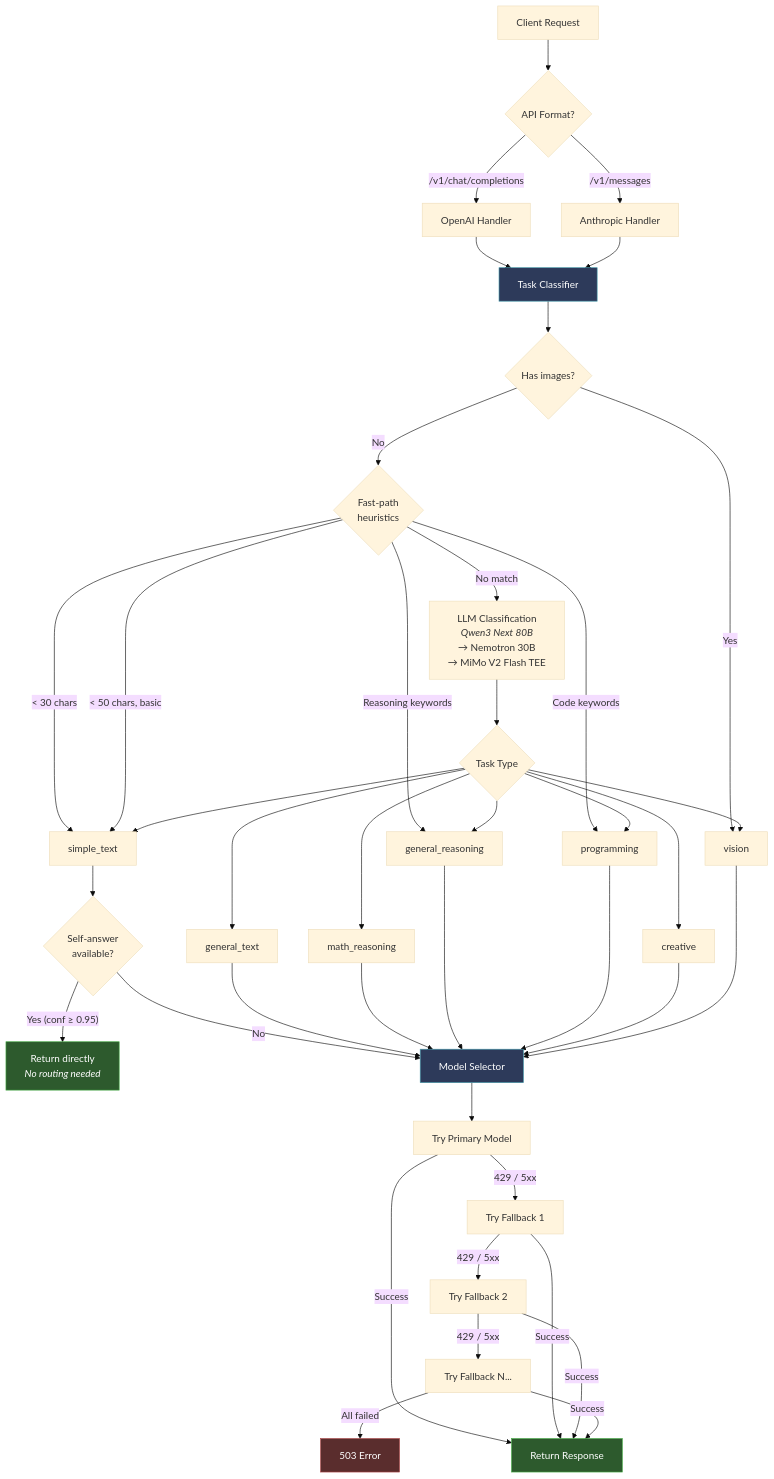
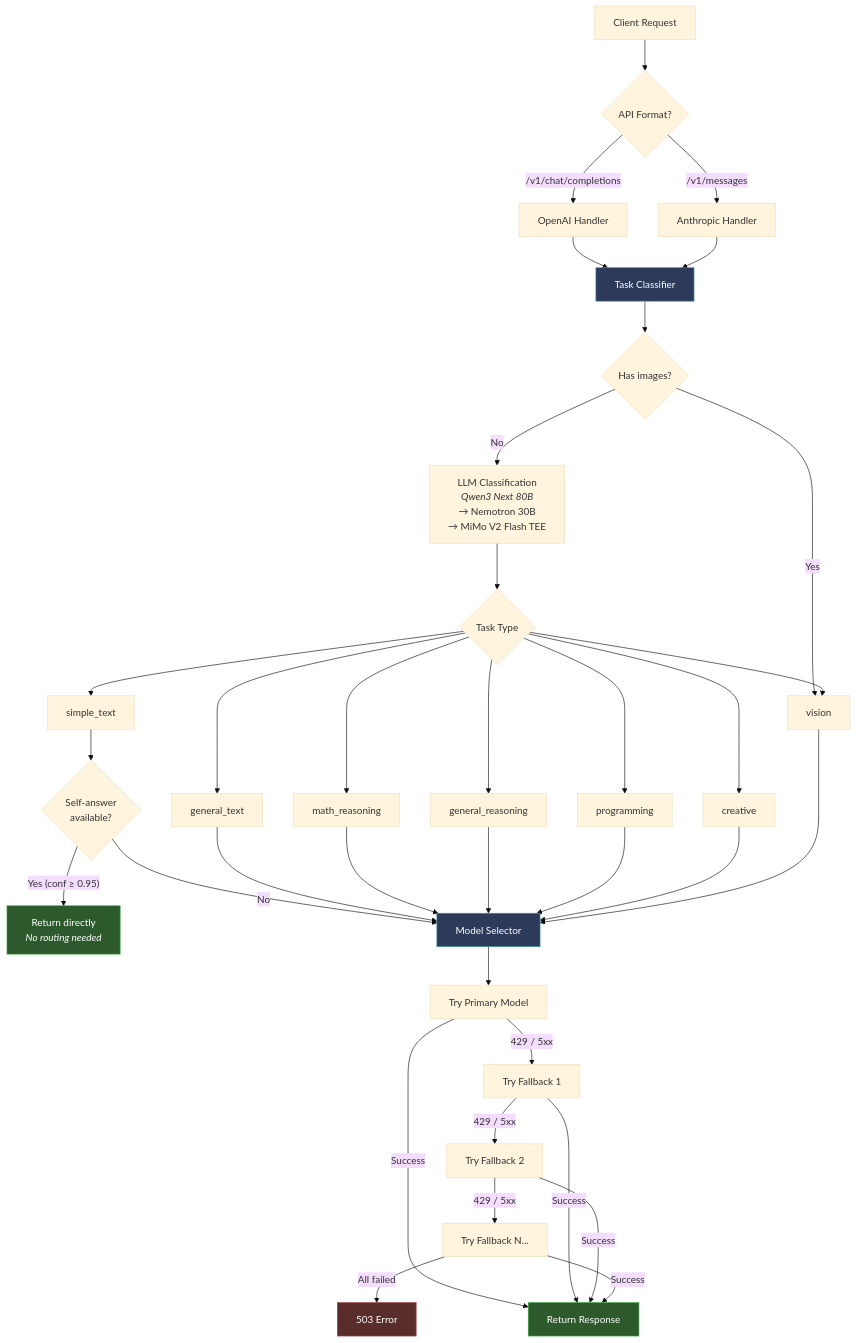
The first of 2 diagrams in README.md (chutesai/model-router), drawn with Mermaid (base theme) before and after one commit. The commit also changed other lines of this file and 2 other files, not shown here.

Commit message:
Remove fast-path heuristics, make Kimi K2.5 universal fallback for all tasks
- Remove all fast-path heuristics from classifier (except has-images check)
  — the LLM classifier now handles all routing with self-answer for simple questions
- Make Kimi K2.5 universal fallback for ALL task types including vision
- Update vision/non-vision filter: skip vision-ONLY models for non-vision tasks,
  but allow universal fallbacks that serve both
- Update Mermaid diagrams to reflect simplified classification flow

````diff
--- a/README.md
+++ b/README.md
@@ -138,54 +138,48 @@
 ```mermaid
 flowchart TD
     A["Client Request"] --> B{"API Format?"}
     B -->|"/v1/chat/completions"| C["OpenAI Handler"]
     B -->|"/v1/messages"| D["Anthropic Handler"]
     C --> E["Task Classifier"]
     D --> E
 
     E --> F{"Has images?"}
     F -->|Yes| G["vision"]
-    F -->|No| H{"Fast-path<br/>heuristics"}
-
-    H -->|"< 30 chars"| I["simple_text"]
-    H -->|"Code keywords"| J["programming"]
-    H -->|"Reasoning keywords"| K["general_reasoning"]
-    H -->|"< 50 chars, basic"| I
-    H -->|"No match"| L["LLM Classification<br/><i>Qwen3 Next 80B</i><br/>→ Nemotron 30B<br/>→ MiMo V2 Flash TEE"]
+    F -->|No| L["LLM Classification<br/><i>Qwen3 Next 80B</i><br/>→ Nemotron 30B<br/>→ MiMo V2 Flash TEE"]
 
     L --> M{"Task Type"}
-    M --> I
+    M --> I["simple_text"]
     M --> N["general_text"]
     M --> O["math_reasoning"]
-    M --> K
-    M --> J
+    M --> K["general_reasoning"]
+    M --> J["programming"]
     M --> P["creative"]
     M --> G
 
     I --> Q{"Self-answer<br/>available?"}
     Q -->|"Yes (conf ≥ 0.95)"| R["Return directly<br/><i>No routing needed</i>"]
     Q -->|No| S["Model Selector"]
 
     N --> S
     O --> S
     K --> S
     J --> S
     P --> S
     G --> S
 
     S --> T["Try Primary Model"]
     T -->|"429 / 5xx"| U["Try Fallback 1"]
     U -->|"429 / 5xx"| V["Try Fallback 2"]
     V -->|"429 / 5xx"| W["Try Fallback N..."]
     W -->|"All failed"| X["503 Error"]
     T -->|"Success"| Y["Return Response"]
     U -->|"Success"| Y
     V -->|"Success"| Y
     W -->|"Success"| Y
 
     style R fill:#2d5a2d,stroke:#4a4,color:#fff
     style Y fill:#2d5a2d,stroke:#4a4,color:#fff
     style X fill:#5a2d2d,stroke:#a44,color:#fff
     style E fill:#2d3a5a,stroke:#49a,color:#fff
     style S fill:#2d3a5a,stroke:#49a,color:#fff
 ```
````
